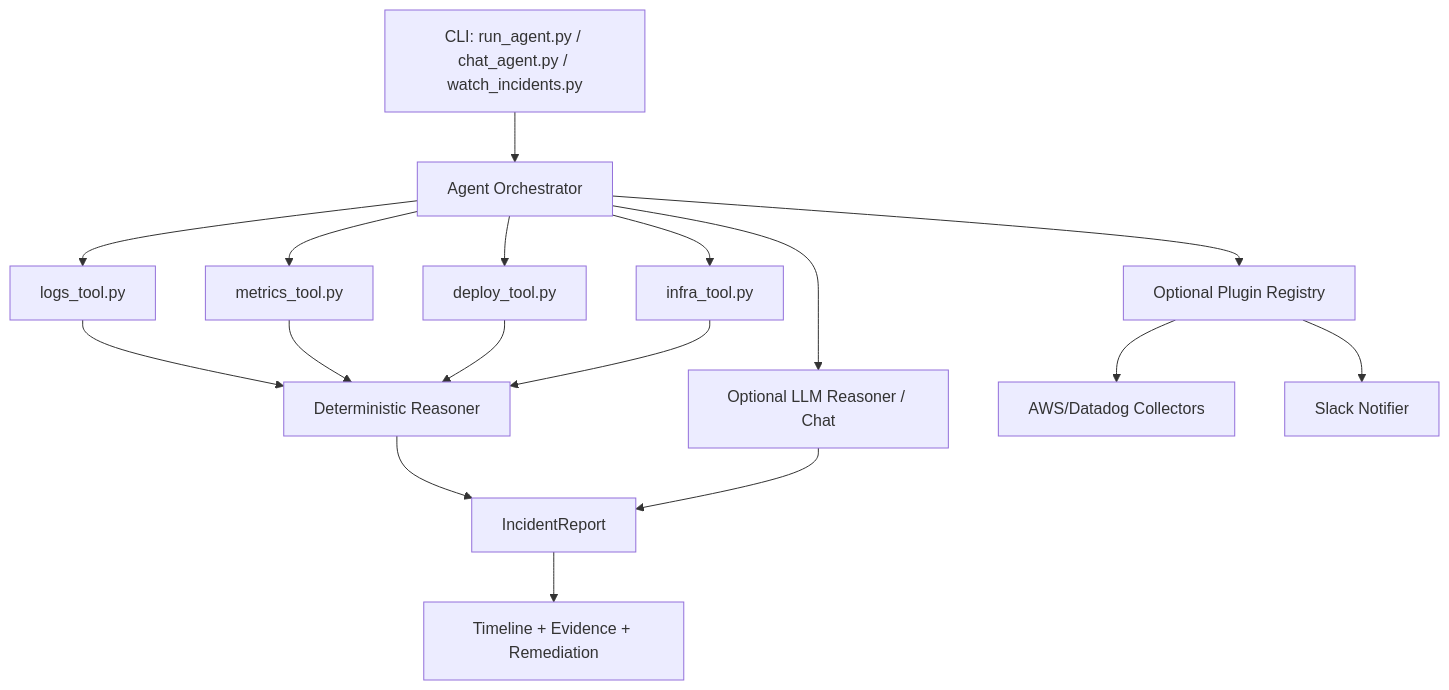
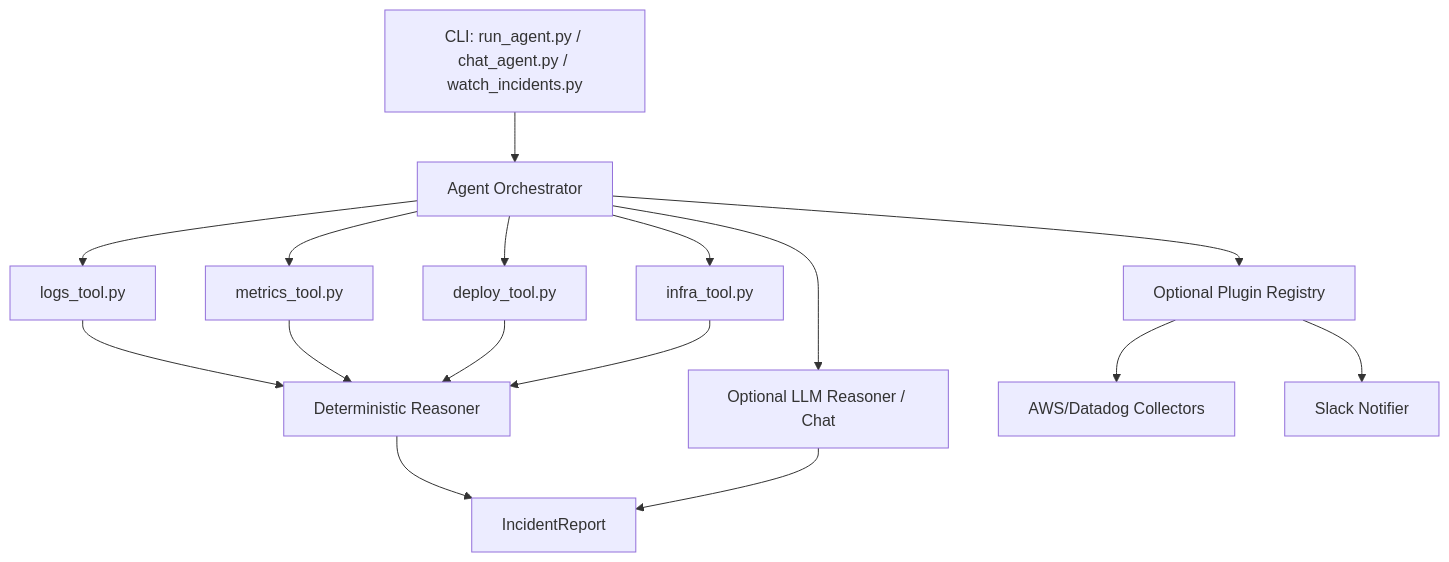
One commit to sallyoswal/infra-sherlock changed the second of 2 diagrams in README.md. Above: the diagram before and after it, drawn with Mermaid. The commit also changed other lines of this file, not shown here.

Commit message:
docs(architecture): split production and local/test flow diagrams

````diff
--- a/README.md
+++ b/README.md
@@ -157,19 +178,18 @@
 ```mermaid
 flowchart TD
     A[CLI: run_agent.py / chat_agent.py / watch_incidents.py] --> B[Agent Orchestrator]
     B --> C[logs_tool.py]
     B --> D[metrics_tool.py]
     B --> E[deploy_tool.py]
     B --> F[infra_tool.py]
     C --> G[Deterministic Reasoner]
     D --> G
     E --> G
     F --> G
     G --> H[IncidentReport]
-    H --> I[Timeline + Evidence + Remediation]
-    B --> J[Optional LLM Reasoner / Chat]
-    J --> H
-    B --> K[Optional Plugin Registry]
-    K --> L[AWS/Datadog Collectors]
-    K --> M[Slack Notifier]
+    B --> I[Optional LLM Reasoner / Chat]
+    I --> H
+    B --> J[Optional Plugin Registry]
+    J --> K[AWS/Datadog Collectors]
+    J --> L[Slack Notifier]
 ```
````
